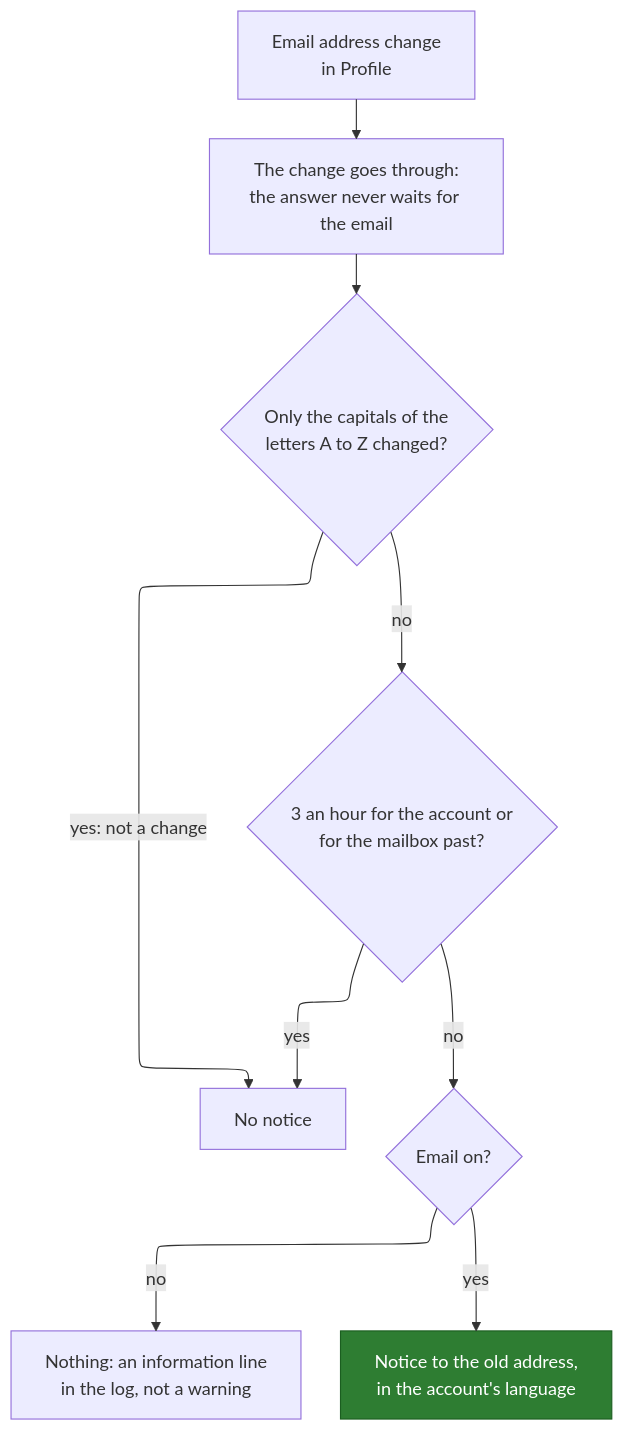
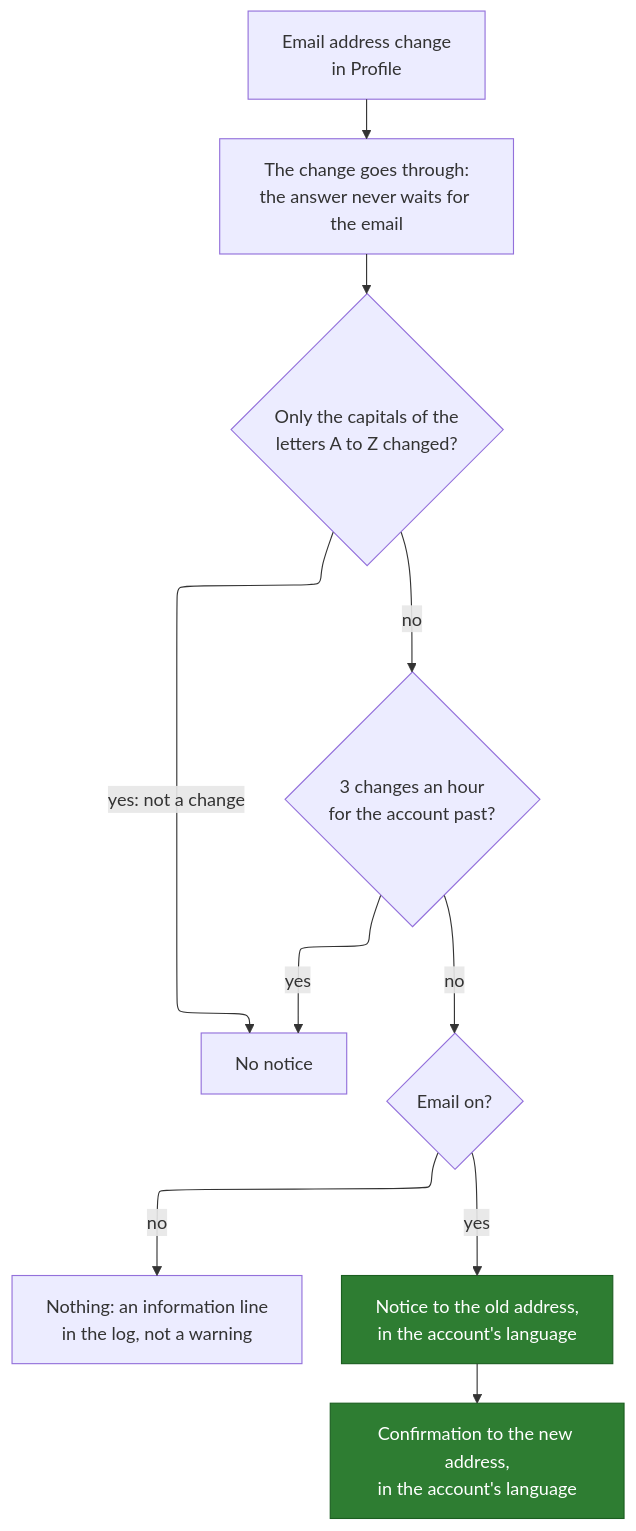
One commit to Librefolio/LibreFolio changed diagram 18 of 18 in mkdocs_src/docs/admin/email_flows.en.md. Above: the diagram before and after it, drawn with Mermaid. The commit also changed other lines of this file and 3 other files, not shown here.

Commit message:
docs(admin): email flows, change confirmations

````diff
--- a/mkdocs_src/docs/admin/email_flows.en.md
+++ b/mkdocs_src/docs/admin/email_flows.en.md
@@ -607,17 +607,18 @@
 ```mermaid
 ---
 config:
   layout: elk
 ---
 flowchart TD
     CH["Email address change<br>in Profile"] --> OK["The change goes through:<br>the answer never waits for the email"]
     OK --> CASE{"Only the capitals of the<br>letters A to Z changed?"}
     CASE -->|"yes: not a change"| SKIP["No notice"]
-    CASE -->|"no"| LIM{"3 an hour for the account or<br>for the mailbox past?"}
+    CASE -->|"no"| LIM{"3 changes an hour<br>for the account past?"}
     LIM -->|"yes"| SKIP
     LIM -->|"no"| EN{"Email on?"}
     EN -->|"no"| LOG["Nothing: an information line<br>in the log, not a warning"]
     EN -->|"yes"| SEND["Notice to the old address,<br>in the account's language"]
+    SEND --> NEW["Confirmation to the new address,<br>in the account's language"]
     classDef ok fill:#2e7d32,stroke:#1b5e20,color:#ffffff
-    class SEND ok
+    class SEND,NEW ok
 ```
````
